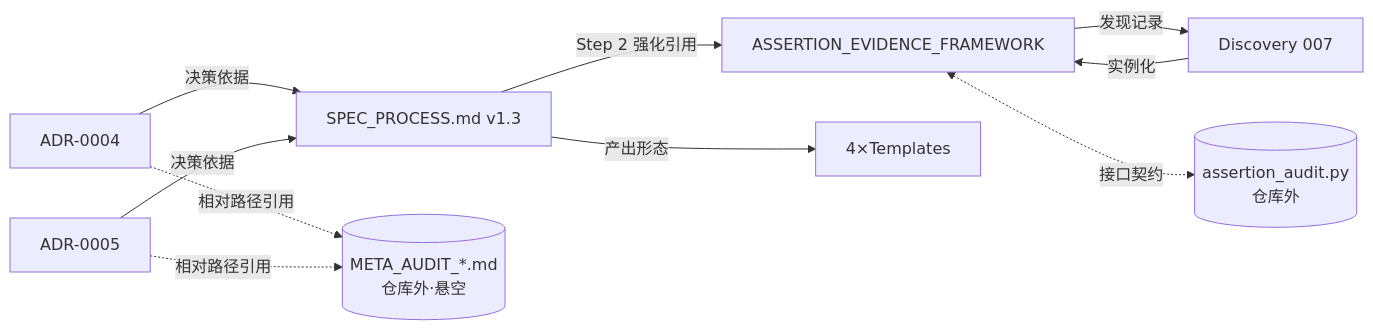
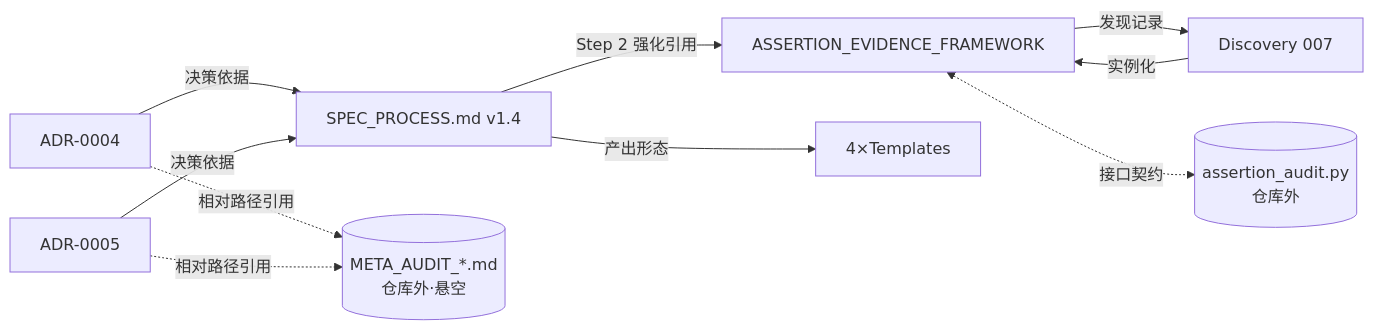
One commit to StormstoutLau/Spec_Workflow changed the third of 3 diagrams in CODE_WIKI.md. Above: the diagram before and after it, drawn with Mermaid. The commit also changed other lines of this file and 12 other files, not shown here.

````diff
--- a/CODE_WIKI.md
+++ b/CODE_WIKI.md
@@ -384,19 +386,19 @@
 ```mermaid
 flowchart LR
-    SP[SPEC_PROCESS.md v1.3]
+    SP[SPEC_PROCESS.md v1.4]
     A4[ADR-0004]
     A5[ADR-0005]
     AE[ASSERTION_EVIDENCE_FRAMEWORK]
     D7[Discovery 007]
     T[4×Templates]
     AUD[(assertion_audit.py<br/>仓库外)]
     META[(META_AUDIT_*.md<br/>仓库外·悬空)]
     A4 -->|决策依据| SP
     A5 -->|决策依据| SP
     SP -->|Step 2 强化引用| AE
     AE -->|发现记录| D7
     D7 -->|实例化| AE
     SP -->|产出形态| T
     AE <-.->|接口契约| AUD
     A4 & A5 -.->|相对路径引用| META
 ```
````
